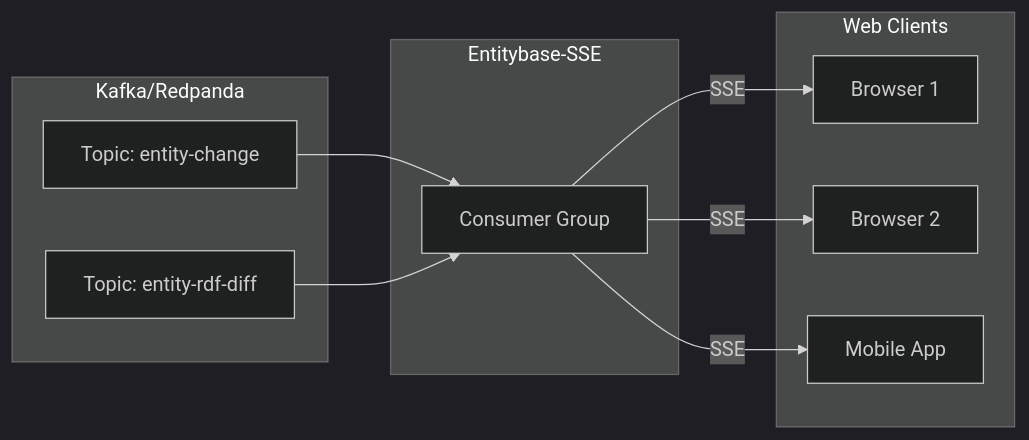
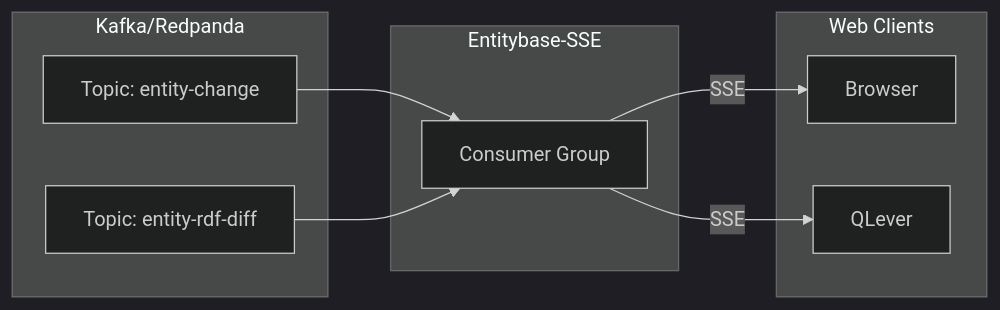
One commit to dpriskorn/entitybase-sse changed the diagram in README.md. Above: the diagram before and after it, drawn with Mermaid (dark theme).

Commit message:
Simplify diagram: one browser + QLever

````diff
--- a/README.md
+++ b/README.md
@@ -14,24 +14,22 @@
 ```mermaid
 flowchart LR
     subgraph "Kafka/Redpanda"
         A[Topic: entity-change]
         B[Topic: entity-rdf-diff]
     end
     
     subgraph "Entitybase-SSE"
         D[Consumer Group]
     end
     
     subgraph "Web Clients"
-        E[Browser 1]
-        F[Browser 2]
-        G[Mobile App]
+        E[Browser]
+        H[QLever]
     end
     
     A --> D
     B --> D
     
     D -->|SSE| E
-    D -->|SSE| F
-    D -->|SSE| G
+    D -->|SSE| H
 ```
````
